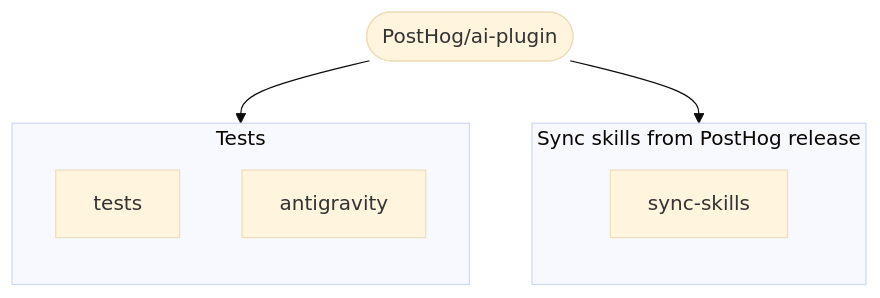
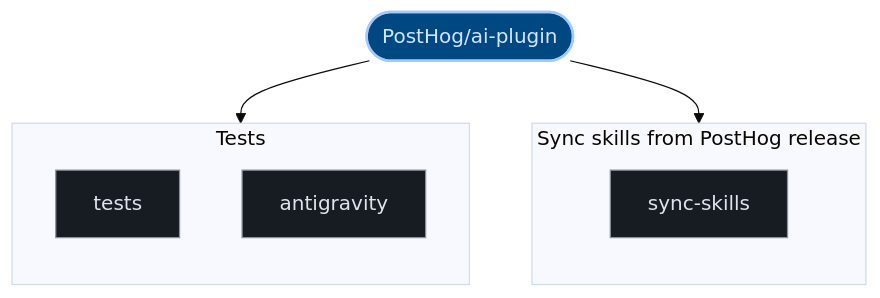
Before and after one commit to kumarshaz/atruss-code-atlas: the second of 2 diagrams in exports/latest/reports/PostHog-ai-plugin-report.md, drawn with Mermaid (base theme). The commit also changed other lines of this file and 331 other files, not shown here.

Commit message:
docs,ui,fix: update SDLC docs, reorder CI/CD DAG first, stylize Mermaid, and fix Arc42 pipeline topology

````diff
--- a/exports/latest/reports/PostHog-ai-plugin-report.md
+++ b/exports/latest/reports/PostHog-ai-plugin-report.md
@@ -74,15 +81,22 @@
 ```mermaid
 graph TD;
-  pipeline_root(["PostHog/ai-plugin"])
+  classDef atlasRoot fill:#004882,stroke:#a3c9ff,stroke-width:2px,color:#d3e4ff
+  classDef atlasCategory fill:#212428,stroke:#E87A48,stroke-width:1.5px,color:#dfe3eb
+  classDef atlasWorkflow fill:#1b2026,stroke:#a3c9ff,stroke-width:1.5px,color:#dfe3eb
+  classDef atlasJob fill:#171c22,stroke:#8d9199,stroke-width:1px,color:#dfe3eb
+  classDef atlasTarget fill:#005227,stroke:#8bd99b,stroke-width:1.5px,color:#a7f6b6
+  classDef atlasAlert fill:#93000a,stroke:#ffb4ab,stroke-width:1.5px,color:#ffdad6
+  classDef atlasMore fill:#252a31,stroke:#8d9199,stroke-dasharray:4 4,color:#c3c6cf
+  pipeline_root(["PostHog/ai-plugin"]):::atlasRoot
   subgraph Sync_skills_from_PostHog_release_0["Sync skills from PostHog release"]
     direction TB
-    0_sync_skills["sync-skills"]
+    0_sync_skills["sync-skills"]:::atlasJob
   end
   pipeline_root --> 0_sync_skills
   subgraph Tests_1["Tests"]
     direction TB
-    1_tests["tests"]
-    1_antigravity["antigravity"]
+    1_tests["tests"]:::atlasJob
+    1_antigravity["antigravity"]:::atlasJob
   end
   pipeline_root --> 1_tests
 ```
````
